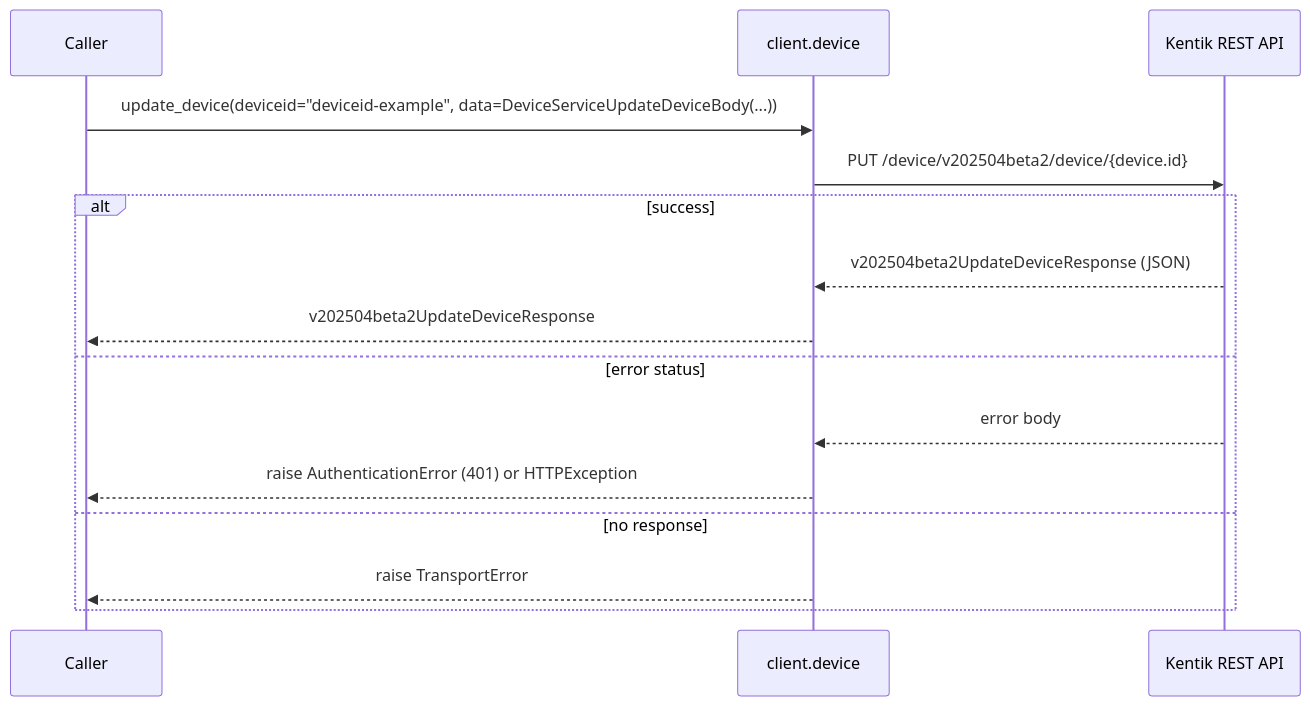
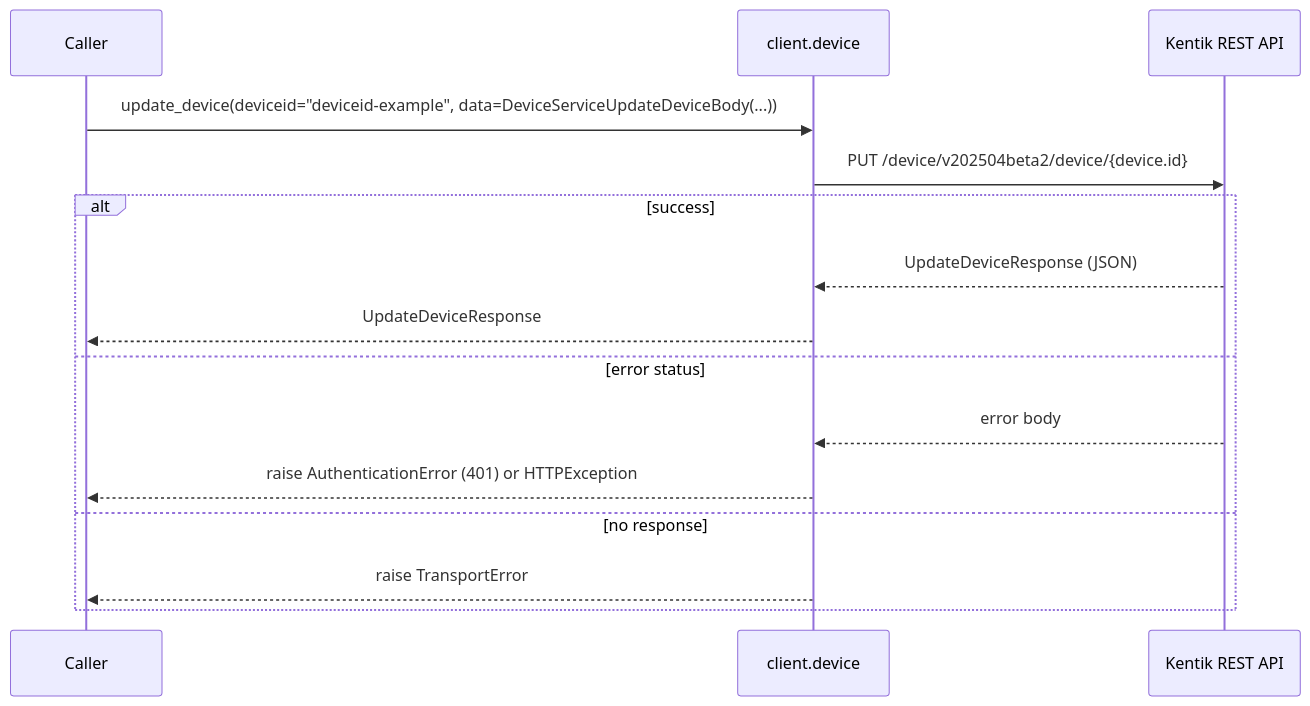
Before and after one commit to alexdearaujo/community_sdk_python: diagram 16 of 22 in docs/sphinx/services/device.md, drawn with Mermaid. The commit also changed other lines of this file and 38 other files, not shown here.

````diff
--- a/docs/sphinx/services/device.md
+++ b/docs/sphinx/services/device.md
@@ -571,18 +571,18 @@
 ```mermaid
 sequenceDiagram
     participant C as Caller
     participant W as client.device
     participant API as Kentik REST API
 
     C->>W: update_device(deviceid="deviceid-example", data=DeviceServiceUpdateDeviceBody(...))
     W->>API: PUT /device/v202504beta2/device/{device.id}
     alt success
-        API-->>W: v202504beta2UpdateDeviceResponse (JSON)
-        W-->>C: v202504beta2UpdateDeviceResponse
+        API-->>W: UpdateDeviceResponse (JSON)
+        W-->>C: UpdateDeviceResponse
     else error status
         API-->>W: error body
         W-->>C: raise AuthenticationError (401) or HTTPException
     else no response
         W-->>C: raise TransportError
     end
 ```
````
